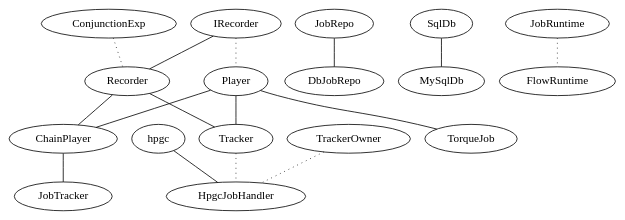
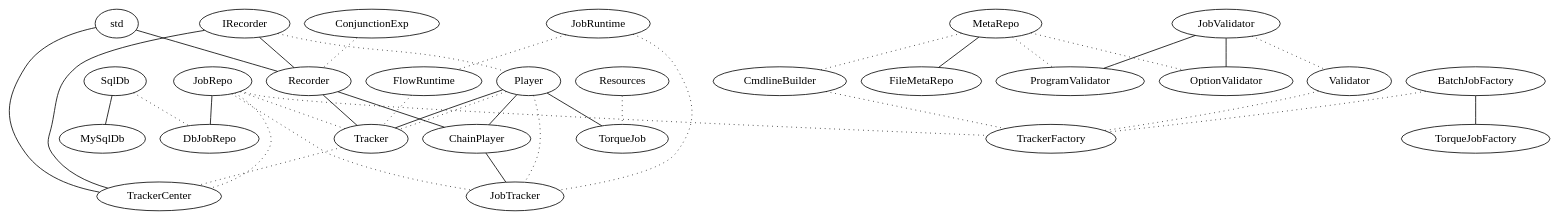
The diagram in doc/dot.dot (tumluliu/hengii), drawn with Graphviz before and after one commit. The commit also changed 153 other files, not shown here.

```diff
--- a/doc/dot.dot
+++ b/doc/dot.dot
@@ -1,17 +1,39 @@
 graph G {
 	Player -- ChainPlayer;
 	Recorder -- ChainPlayer;
 	JobRepo -- DbJobRepo;
-	hpgc -- HpgcJobHandler;
+	MetaRepo -- FileMetaRepo;
 	ChainPlayer -- JobTracker;
 	SqlDb -- MySqlDb;
+	JobValidator -- OptionValidator;
+	JobValidator -- ProgramValidator;
 	IRecorder -- Recorder;
+	std -- Recorder;
 	Player -- TorqueJob;
+	BatchJobFactory -- TorqueJobFactory;
 	Recorder -- Tracker;
 	Player -- Tracker;
+	IRecorder -- TrackerCenter;
+	std -- TrackerCenter;
+	JobRepo -- TrackerFactory [style=dotted];
+	FlowRuntime -- Tracker [style=dotted];
+	MetaRepo -- ProgramValidator [style=dotted];
 	JobRuntime -- FlowRuntime [style=dotted];
+	CmdlineBuilder -- TrackerFactory [style=dotted];
+	BatchJobFactory -- TrackerFactory [style=dotted];
+	Player -- Tracker [style=dotted];
+	JobRuntime -- JobTracker [style=dotted];
+	MetaRepo -- CmdlineBuilder [style=dotted];
+	JobValidator -- Validator [style=dotted];
+	JobRepo -- TrackerCenter [style=dotted];
+	ConjunctionExp -- Recorder [style=dotted];
+	Player -- JobTracker [style=dotted];
+	Validator -- TrackerFactory [style=dotted];
+	JobRepo -- Tracker [style=dotted];
+	MetaRepo -- OptionValidator [style=dotted];
 	IRecorder -- Player [style=dotted];
-	TrackerOwner -- HpgcJobHandler [style=dotted];
-	Tracker -- HpgcJobHandler [style=dotted];
-	ConjunctionExp -- Recorder [style=dotted];
+	SqlDb -- DbJobRepo [style=dotted];
+	Tracker -- TrackerCenter [style=dotted];
+	Resources -- TorqueJob [style=dotted];
+	JobRepo -- JobTracker [style=dotted];
 }
```
